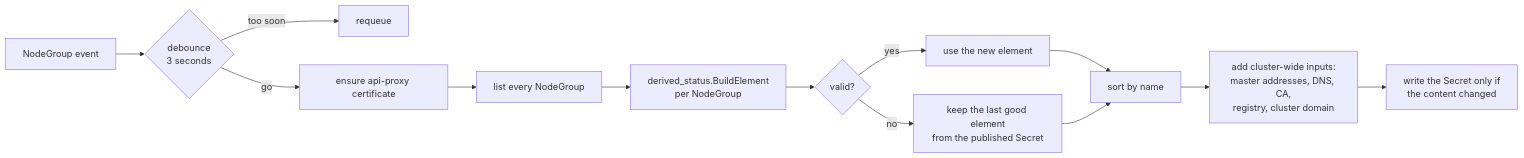
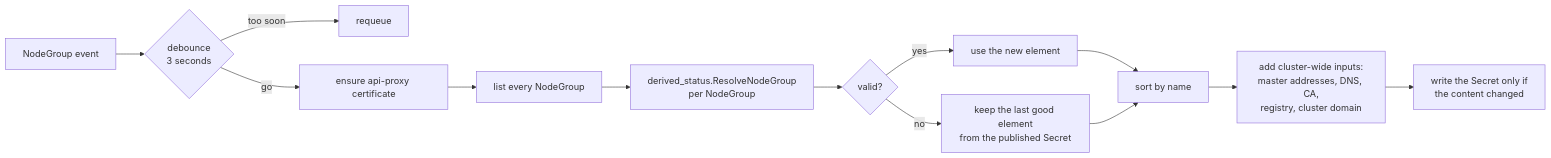
Before and after one commit to deckhouse/deckhouse: the third of 3 diagrams in modules/040-node-manager/images/node-controller/src/internal/controller/nodegroup/README.md, drawn with Mermaid. The commit also changed other lines of this file and 11 other files, not shown here.

Commit message:
rename Element to ResolvedNodeGroup

````diff
--- a/modules/040-node-manager/images/node-controller/src/internal/controller/nodegroup/README.md
+++ b/modules/040-node-manager/images/node-controller/src/internal/controller/nodegroup/README.md
@@ -101,15 +101,15 @@
 ```mermaid
 flowchart LR
     A[NodeGroup event] --> B{debounce<br/>3 seconds}
     B -->|too soon| B2[requeue]
     B -->|go| C[ensure api-proxy certificate]
     C --> D[list every NodeGroup]
-    D --> E[derived_status.BuildElement<br/>per NodeGroup]
+    D --> E[derived_status.ResolveNodeGroup<br/>per NodeGroup]
     E --> F{valid?}
     F -->|yes| G[use the new element]
     F -->|no| H[keep the last good element<br/>from the published Secret]
     G --> I[sort by name]
     H --> I
     I --> J[add cluster-wide inputs:<br/>master addresses, DNS, CA,<br/>registry, cluster domain]
     J --> K[write the Secret only if<br/>the content changed]
 ```
````
